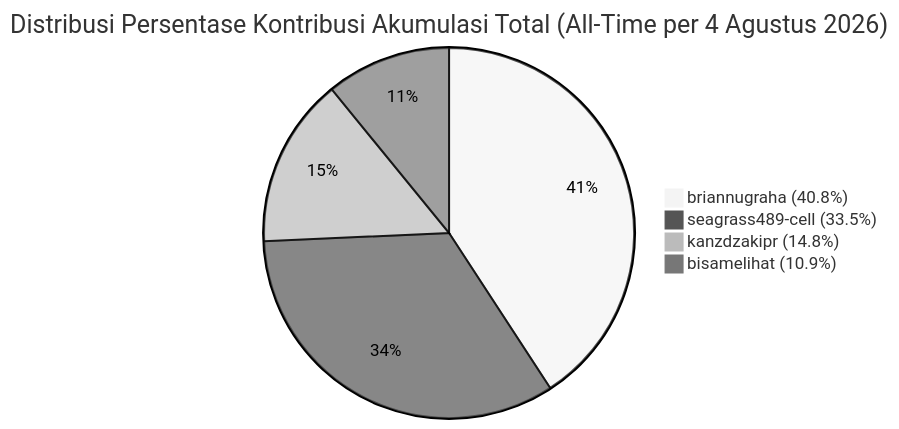
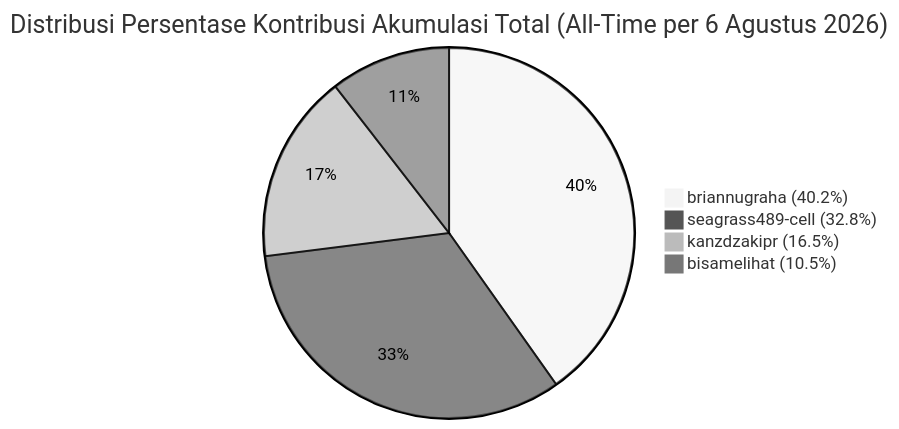
One commit to kanzdzakipr/ServicePlan-BRA changed the first of 3 diagrams in KONTRIBUSI_TIM.md. Above: the diagram before and after it, drawn with Mermaid (neutral theme). The commit also changed other lines of this file and 1 other file, not shown here.

Commit message:
update kontribusi tim & data completeness per 6 agustus

````diff
--- a/KONTRIBUSI_TIM.md
+++ b/KONTRIBUSI_TIM.md
@@ -58,7 +58,7 @@
 ```mermaid
-pie title Distribusi Persentase Kontribusi Akumulasi Total (All-Time per 4 Agustus 2026)
-    "briannugraha (40.8%)" : 40.8
-    "seagrass489-cell (33.5%)" : 33.5
-    "kanzdzakipr (14.8%)" : 14.8
-    "bisamelihat (10.9%)" : 10.9
+pie title Distribusi Persentase Kontribusi Akumulasi Total (All-Time per 6 Agustus 2026)
+    "briannugraha (40.2%)" : 40.2
+    "seagrass489-cell (32.8%)" : 32.8
+    "kanzdzakipr (16.5%)" : 16.5
+    "bisamelihat (10.5%)" : 10.5
 ```
````
